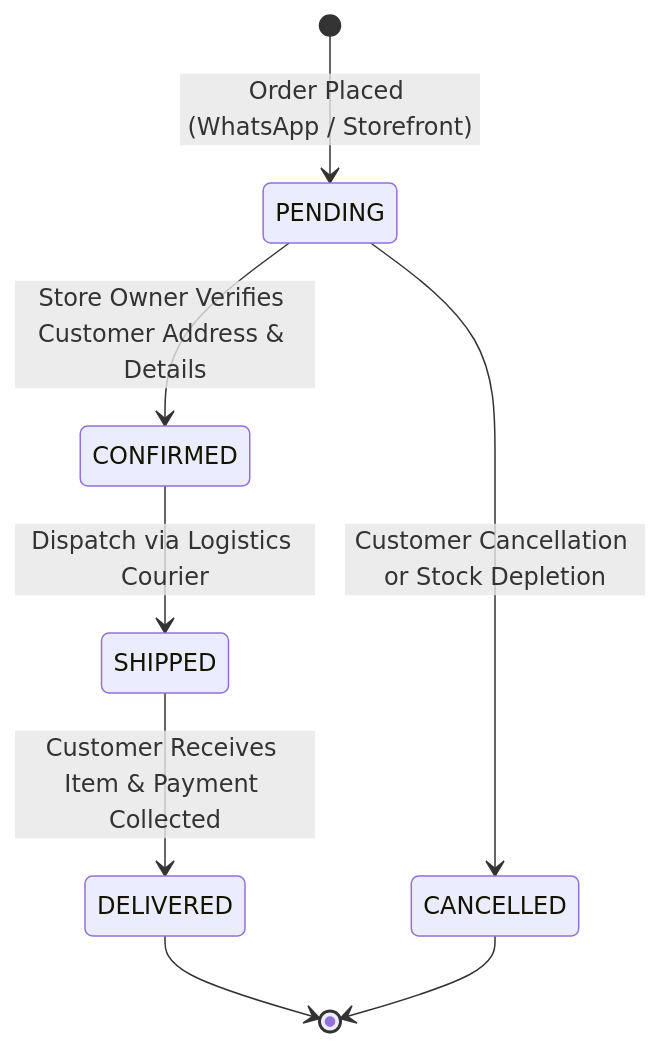
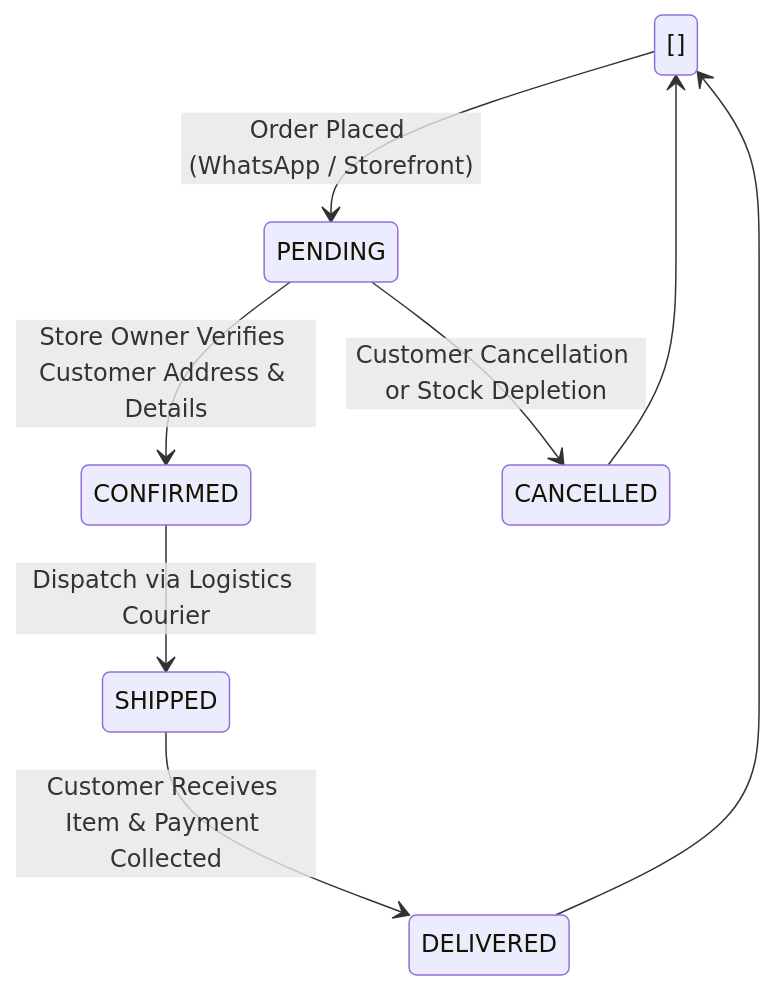
One commit to ranaahmad-786/Whatsassist changed the diagram in WEEK_8_SUBMISSION.md. Above: the diagram before and after it, drawn with Mermaid. The commit also changed other lines of this file and 17 other files, not shown here.

````diff
--- a/WEEK_8_SUBMISSION.md
+++ b/WEEK_8_SUBMISSION.md
@@ -31,10 +31,10 @@
 ```mermaid
 stateDiagram-v2
-    [*] --> PENDING: Order Placed (WhatsApp / Storefront)
+    [] --> PENDING: Order Placed (WhatsApp / Storefront)
     PENDING --> CONFIRMED: Store Owner Verifies Customer Address & Details
     CONFIRMED --> SHIPPED: Dispatch via Logistics Courier
     SHIPPED --> DELIVERED: Customer Receives Item & Payment Collected
     PENDING --> CANCELLED: Customer Cancellation or Stock Depletion
-    DELIVERED --> [*]
-    CANCELLED --> [*]
+    DELIVERED --> []
+    CANCELLED --> []
 ```
````
